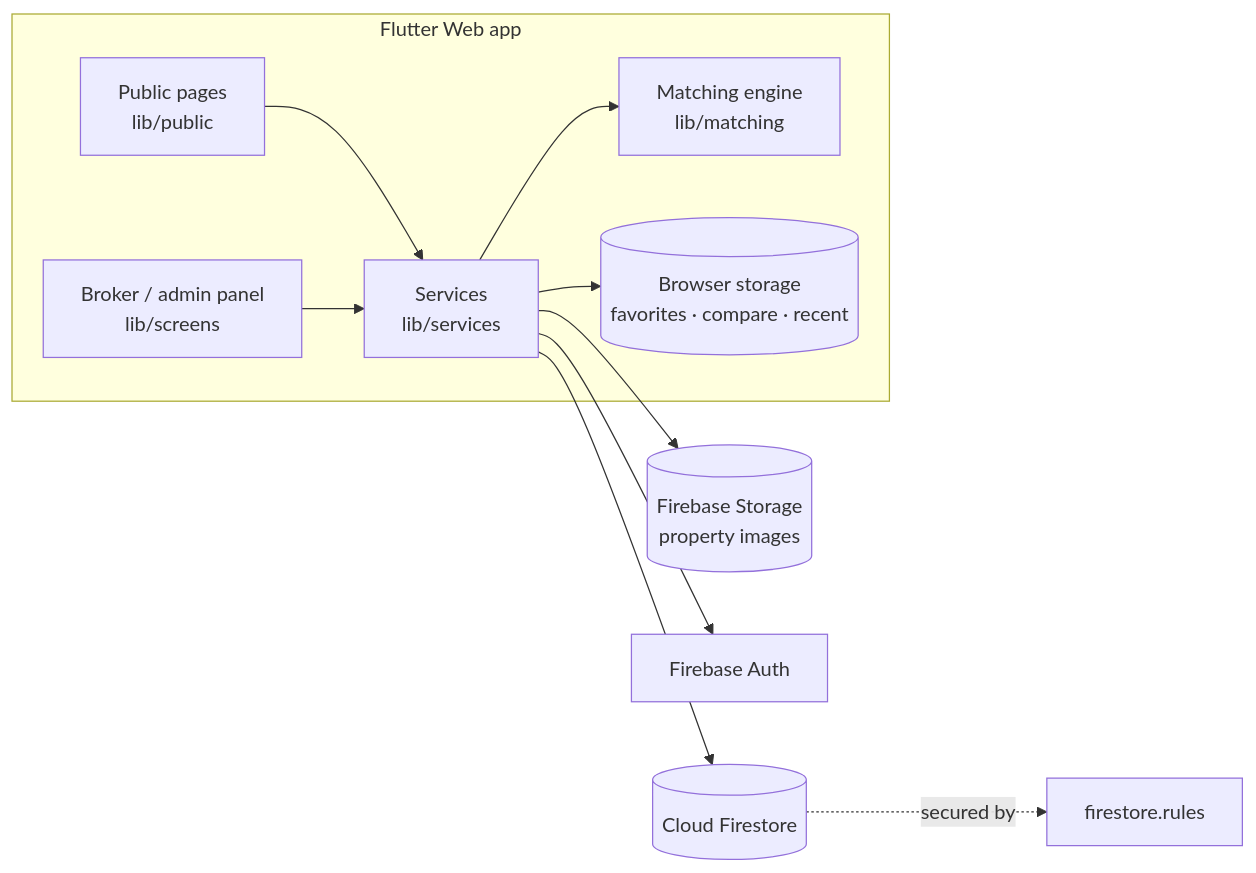
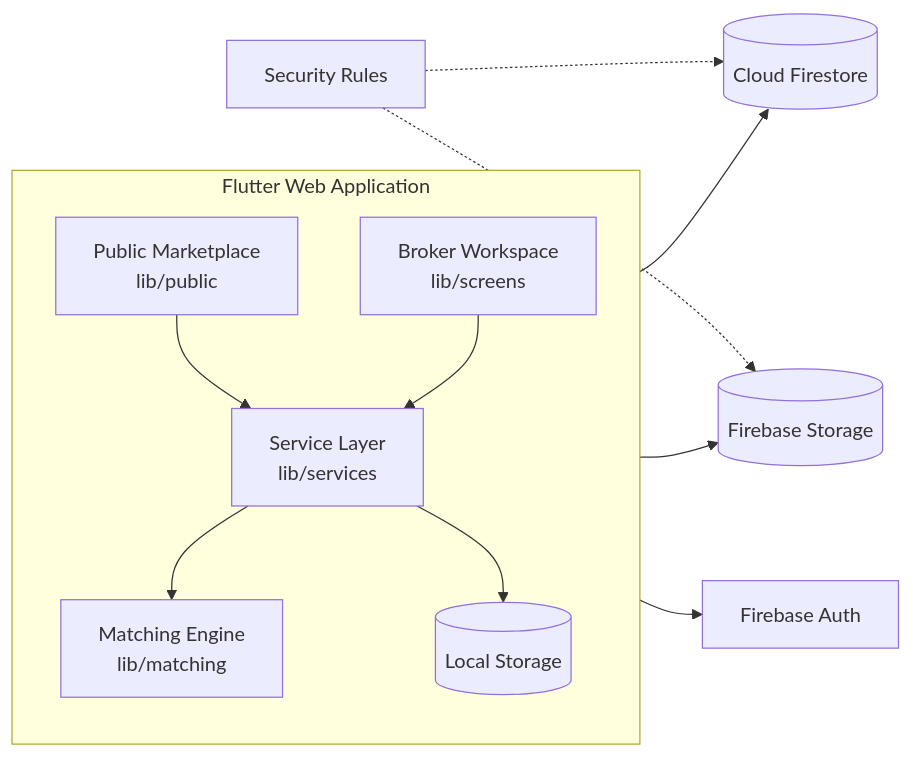
The diagram in README.md (MohamedFouad99/aqarat_panel), drawn with Mermaid before and after one commit. The commit also changed other lines of this file, not shown here.

````diff
--- a/README.md
+++ b/README.md
@@ -85,13 +89,20 @@
 ```mermaid
 flowchart LR
-    subgraph Client["Flutter Web app"]
-        P["Public pages<br/>lib/public"] --> S
-        A["Broker / admin panel<br/>lib/screens"] --> S
-        S["Services<br/>lib/services"] --> M["Matching engine<br/>lib/matching"]
-        S --> L[("Browser storage<br/>favorites · compare · recent")]
+    subgraph App["Flutter Web Application"]
+        direction TB
+        PUB["Public Marketplace<br/>lib/public"]
+        ADM["Broker Workspace<br/>lib/screens"]
+        SVC["Service Layer<br/>lib/services"]
+        MAT["Matching Engine<br/>lib/matching"]
+        LOC[("Local Storage")]
+        PUB --> SVC
+        ADM --> SVC
+        SVC --> MAT
+        SVC --> LOC
     end
-    S --> FS[("Cloud Firestore")]
-    S --> ST[("Firebase Storage<br/>property images")]
-    S --> AU["Firebase Auth"]
-    FS -. "secured by" .-> R["firestore.rules"]
+    SVC --> FS[("Cloud Firestore")]
+    SVC --> ST[("Firebase Storage")]
+    SVC --> AU["Firebase Auth"]
+    RULES["Security Rules"] -.-> FS
+    RULES -.-> ST
 ```
````
